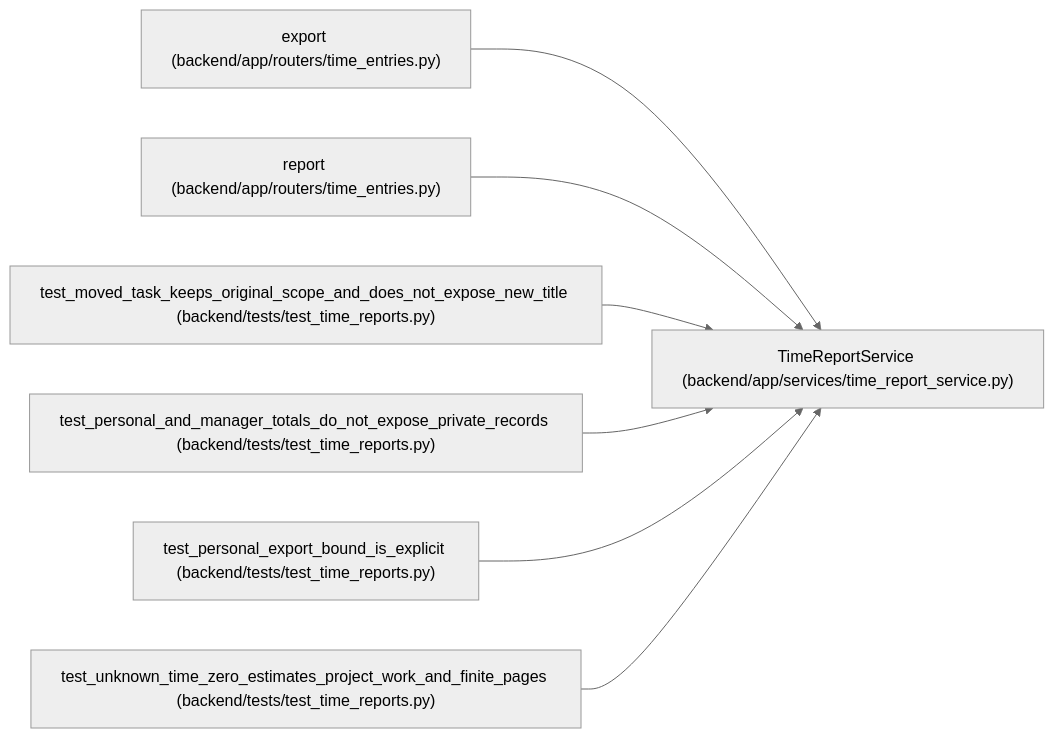
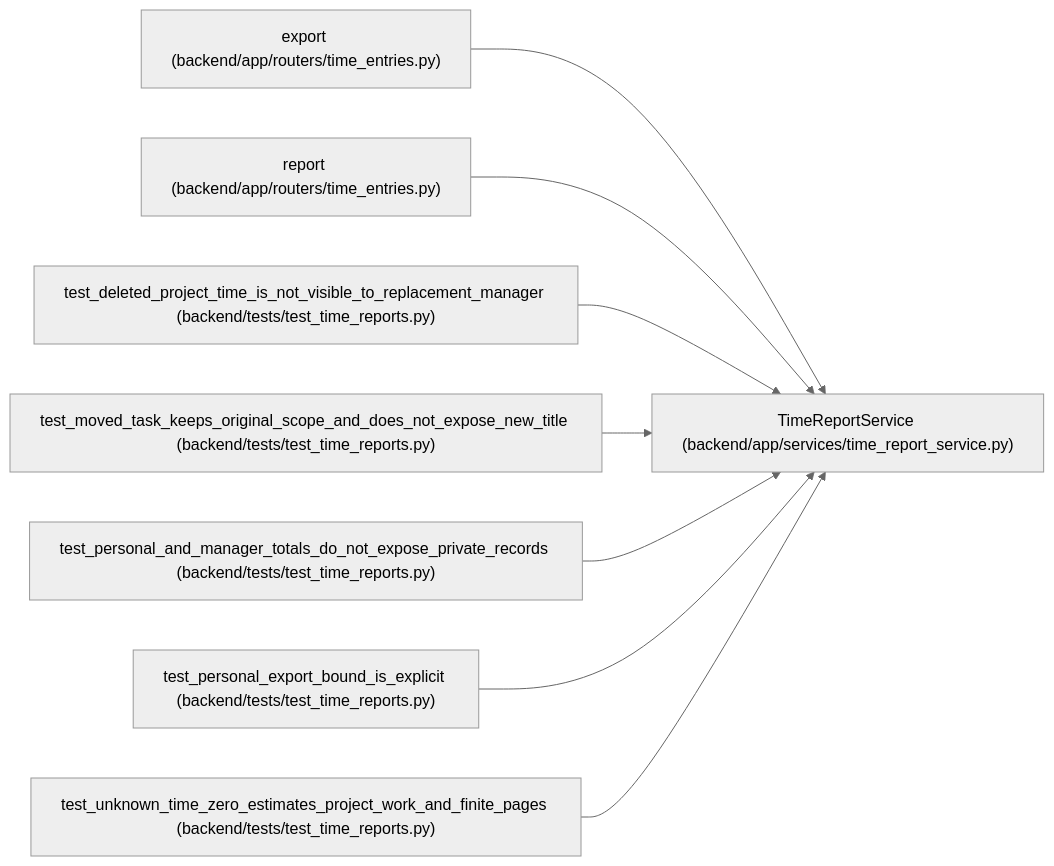
One commit to Denissvgn/WorkChord changed the diagram in docs/llm_wiki/entities/TimeReportService.md. Above: the diagram before and after it, drawn with Mermaid (neutral theme). The commit also changed other lines of this file and 317 other files, not shown here.

````diff
--- a/docs/llm_wiki/entities/TimeReportService.md
+++ b/docs/llm_wiki/entities/TimeReportService.md
@@ -30,23 +30,26 @@
 ```mermaid
 flowchart LR
     n0["TimeReportService (backend/app/services/time_report_service.py)"]
     n1["export (backend/app/routers/time_entries.py)"]
     n2["report (backend/app/routers/time_entries.py)"]
-    n3["test_moved_task_keeps_original_scope_and_does_not_expose_new_title (backend/tests/test_time_reports.py)"]
-    n4["test_personal_and_manager_totals_do_not_expose_private_records (backend/tests/test_time_reports.py)"]
-    n5["test_personal_export_bound_is_explicit (backend/tests/test_time_reports.py)"]
-    n6["test_unknown_time_zero_estimates_project_work_and_finite_pages (backend/tests/test_time_reports.py)"]
+    n3["test_deleted_project_time_is_not_visible_to_replacement_manager (backend/tests/test_time_reports.py)"]
+    n4["test_moved_task_keeps_original_scope_and_does_not_expose_new_title (backend/tests/test_time_reports.py)"]
+    n5["test_personal_and_manager_totals_do_not_expose_private_records (backend/tests/test_time_reports.py)"]
+    n6["test_personal_export_bound_is_explicit (backend/tests/test_time_reports.py)"]
+    n7["test_unknown_time_zero_estimates_project_work_and_finite_pages (backend/tests/test_time_reports.py)"]
     n1 --> n0
     n2 --> n0
     n3 --> n0
     n4 --> n0
     n5 --> n0
     n6 --> n0
+    n7 --> n0
     click n0 "../modules/time_report_service.md"
     click n1 "../modules/time_entries.md"
     click n2 "../modules/time_entries.md"
     click n3 "../modules/test_time_reports.md"
     click n4 "../modules/test_time_reports.md"
     click n5 "../modules/test_time_reports.md"
     click n6 "../modules/test_time_reports.md"
+    click n7 "../modules/test_time_reports.md"
 ```
````
